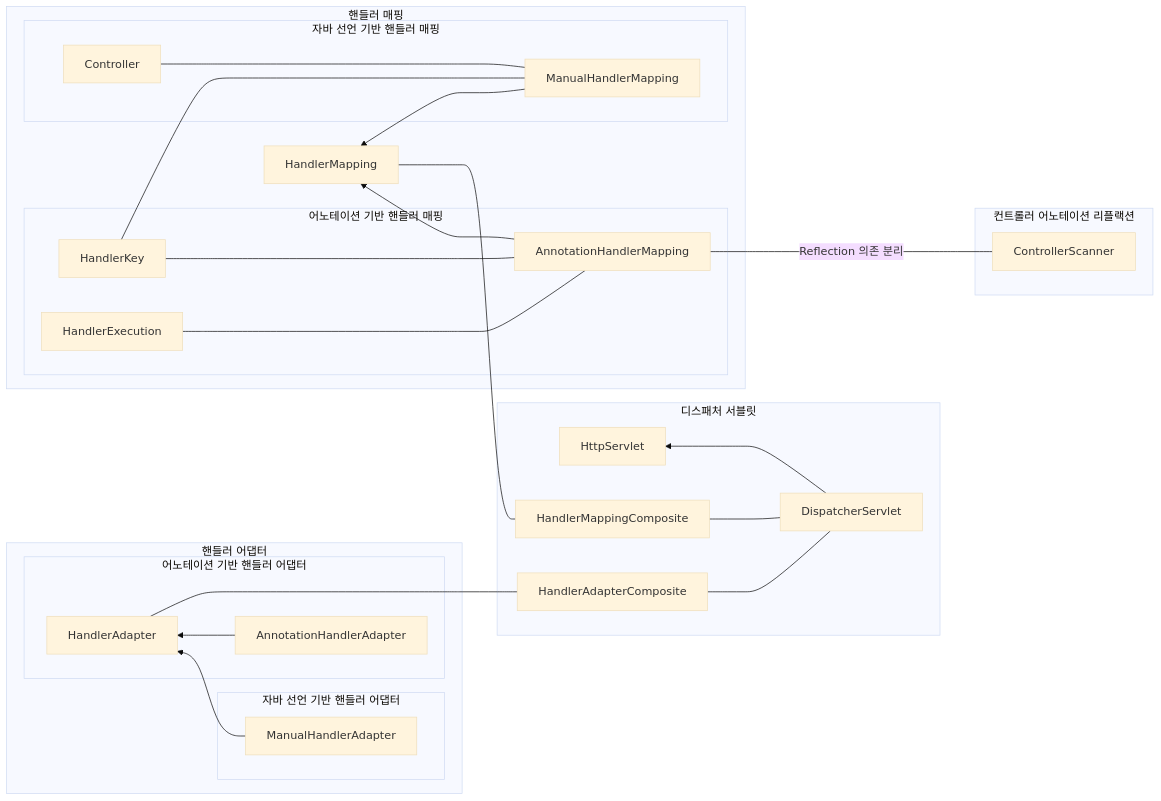
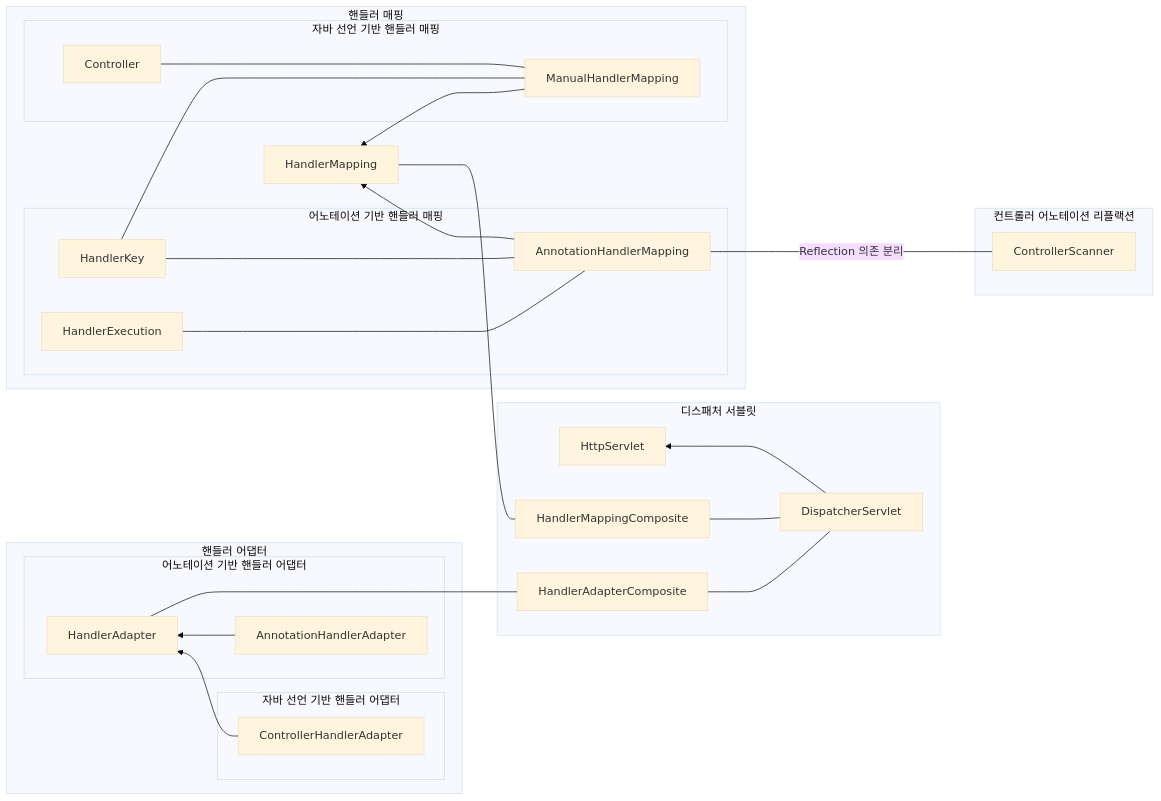
Before and after one commit to woowacourse/java-mvc: the second of 2 diagrams in README.md, drawn with Mermaid (base theme). The commit also changed other lines of this file and 3 other files, not shown here.

Commit message:
refactor: app 패키지를 의존하지 않는 ManualHandlerAdapter의 클래스명을 수정하고 spring 패키지로 이동

````diff
--- a/README.md
+++ b/README.md
@@ -130,38 +131,38 @@
 ```mermaid
 graph RL
     subgraph 디스패처 서블릿
         DispatcherServlet --> HttpServlet
         DispatcherServlet --- HandlerMappingComposite
         DispatcherServlet --- HandlerAdapterComposite
     end
 
     subgraph 핸들러 어댑터
         HandlerAdapterComposite ---- HandlerAdapter
         subgraph 어노테이션 기반 핸들러 어댑터
             AnnotationHandlerAdapter --> HandlerAdapter
         end
         subgraph 자바 선언 기반 핸들러 어댑터
-            ManualHandlerAdapter --> HandlerAdapter
+            ControllerHandlerAdapter --> HandlerAdapter
         end
     end
 
     subgraph 핸들러 매핑
         HandlerMappingComposite --- HandlerMapping
         AnnotationHandlerMapping --> HandlerMapping
         ManualHandlerMapping --> HandlerMapping
 
         subgraph 어노테이션 기반 핸들러 매핑
             AnnotationHandlerMapping ---- HandlerKey
             AnnotationHandlerMapping ---- HandlerExecution
         end
 
         subgraph 자바 선언 기반 핸들러 매핑
             ManualHandlerMapping ---- Controller
             ManualHandlerMapping ---- HandlerKey
         end
     end
 
     subgraph 컨트롤러 어노테이션 리플랙션
         ControllerScanner ---- |Reflection 의존 분리| AnnotationHandlerMapping
     end
 ```
````
